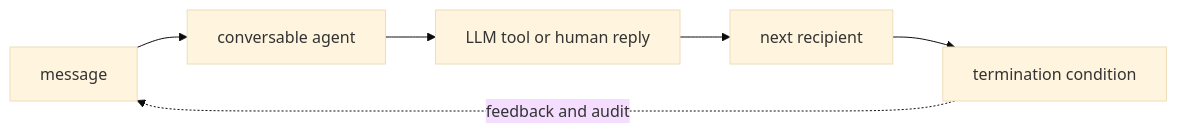
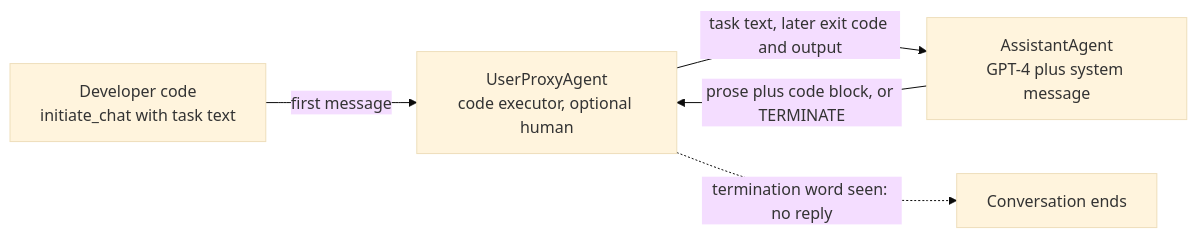
One commit to niyama-admin/learning-lab changed the first of 3 diagrams in llm-learning-repository/tutorials/04-agents-and-protocols/18-autogen.md. Above: the diagram before and after it, drawn with Mermaid (base theme). The commit also changed other lines of this file and 4 other files, not shown here.

````diff
--- a/llm-learning-repository/tutorials/04-agents-and-protocols/18-autogen.md
+++ b/llm-learning-repository/tutorials/04-agents-and-protocols/18-autogen.md
@@ -22,8 +46,7 @@
 ```mermaid
 flowchart LR
-  A["message"] --> B["conversable agent"]
-  B --> C["LLM tool or human reply"]
-  C --> D["next recipient"]
-  D --> E["termination condition"]
-  E -. feedback and audit .-> A
+  D["Developer code<br/>initiate_chat with task text"] -->|"first message"| U["UserProxyAgent<br/>code executor, optional human"]
+  U -->|"task text, later exit code and output"| A["AssistantAgent<br/>GPT-4 plus system message"]
+  A -->|"prose plus code block, or TERMINATE"| U
+  U -.->|"termination word seen: no reply"| E["Conversation ends"]
 ```
````
